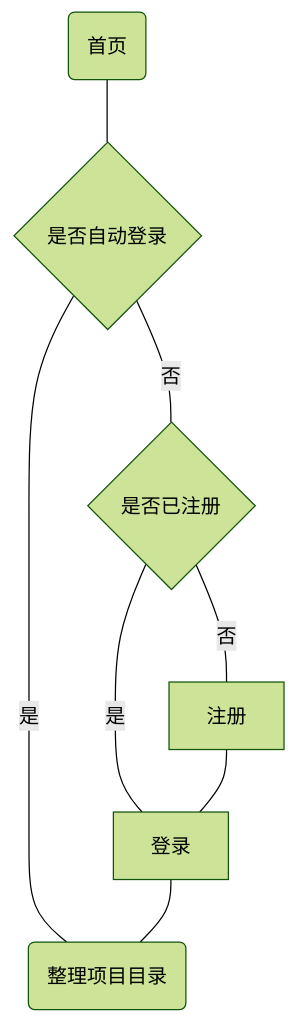
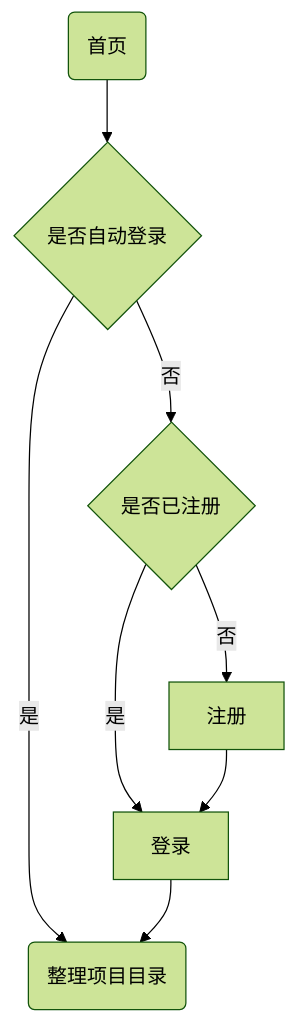
Before and after one commit to samoyi/Seiri: the first of 2 diagrams in Doc/使用流程.md, drawn with Mermaid (forest theme). The commit also changed other lines of this file and 15 other files, not shown here.

````diff
--- a/Doc/使用流程.md
+++ b/Doc/使用流程.md
@@ -7,10 +7,10 @@
 ```mermaid
 graph TD
-    首页(首页)---是否自动登录{是否自动登录}
-    是否自动登录--是---整理项目目录[整理项目目录]
-    是否自动登录--否---是否注册{是否已注册}
-    是否注册{是否已注册}--是---登录[登录]
-    登录---整理项目目录(整理项目目录)
-    是否注册--否---注册[注册]
-    注册[注册]---登录[登录]
+    首页(首页)-->是否自动登录{是否自动登录}
+    是否自动登录--是-->整理项目目录[整理项目目录]
+    是否自动登录--否-->是否注册{是否已注册}
+    是否注册{是否已注册}--是-->登录[登录]
+    登录-->整理项目目录(整理项目目录)
+    是否注册--否-->注册[注册]
+    注册[注册]-->登录[登录]
 ```
````
